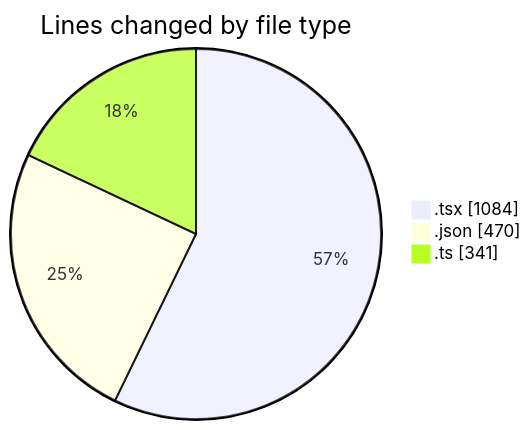
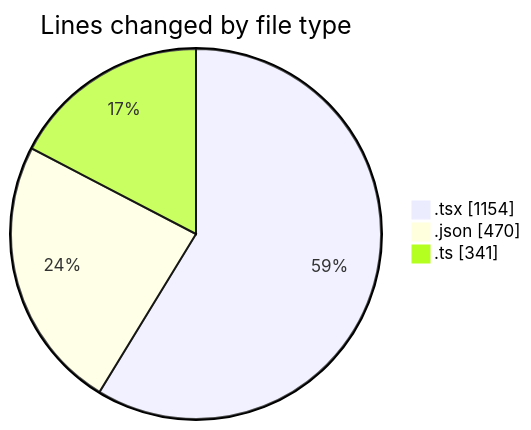
One commit to Elitesun/code-tracking changed the first of 2 diagrams in 2025-04-30/niten/README.md. Above: the diagram before and after it, drawn with Mermaid. The commit also changed other lines of this file and 1 other file, not shown here.

````diff
--- a/2025-04-30/niten/README.md
+++ b/2025-04-30/niten/README.md
@@ -46,7 +47,7 @@
 ```mermaid
 pie showData
 title Lines changed by file type
-".tsx" : 1084
+".tsx" : 1154
 ".json" : 470
 ".ts" : 341
 ```
````
